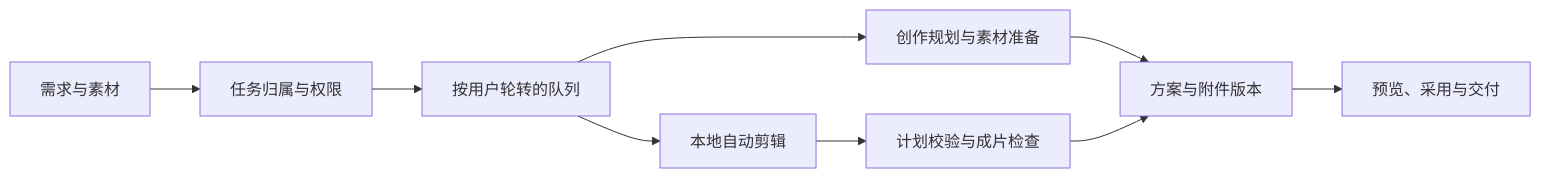
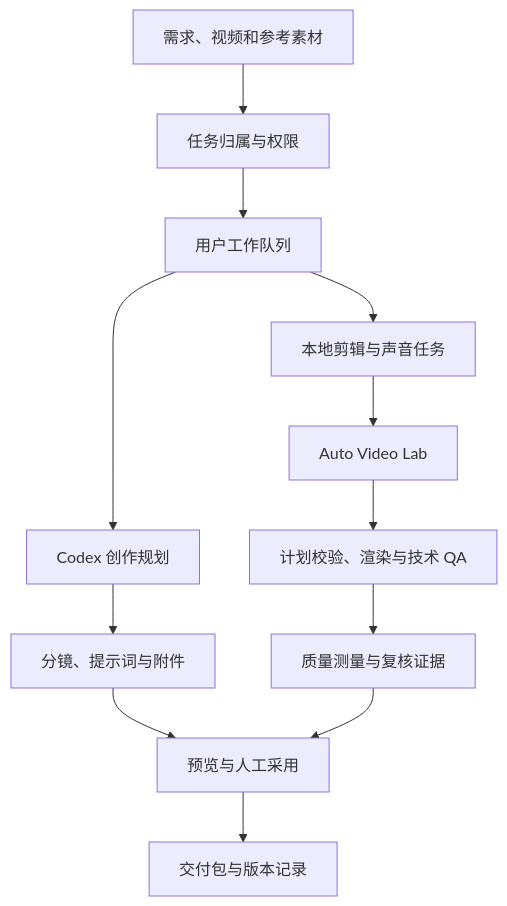
One commit to h296025733-sys/jingxu-director-workbench changed the diagram in README.md. Above: the diagram before and after it, drawn with Mermaid. The commit also changed other lines of this file, not shown here.

````diff
--- a/README.md
+++ b/README.md
@@ -11,11 +49,14 @@
 ```mermaid
-flowchart LR
-    A["需求与素材"] --> B["任务归属与权限"]
-    B --> C["按用户轮转的队列"]
-    C --> D["创作规划与素材准备"]
-    C --> E["本地自动剪辑"]
-    D --> F["方案与附件版本"]
-    E --> G["计划校验与成片检查"]
-    G --> F
-    F --> H["预览、采用与交付"]
+flowchart TD
+    A["需求、视频和参考素材"] --> B["任务归属与权限"]
+    B --> C["用户工作队列"]
+    C --> D["Codex 创作规划"]
+    C --> E["本地剪辑与声音任务"]
+    D --> F["分镜、提示词与附件"]
+    E --> G["Auto Video Lab"]
+    G --> H["计划校验、渲染与技术 QA"]
+    H --> I["质量测量与复核证据"]
+    F --> J["预览与人工采用"]
+    I --> J
+    J --> K["交付包与版本记录"]
 ```
````
